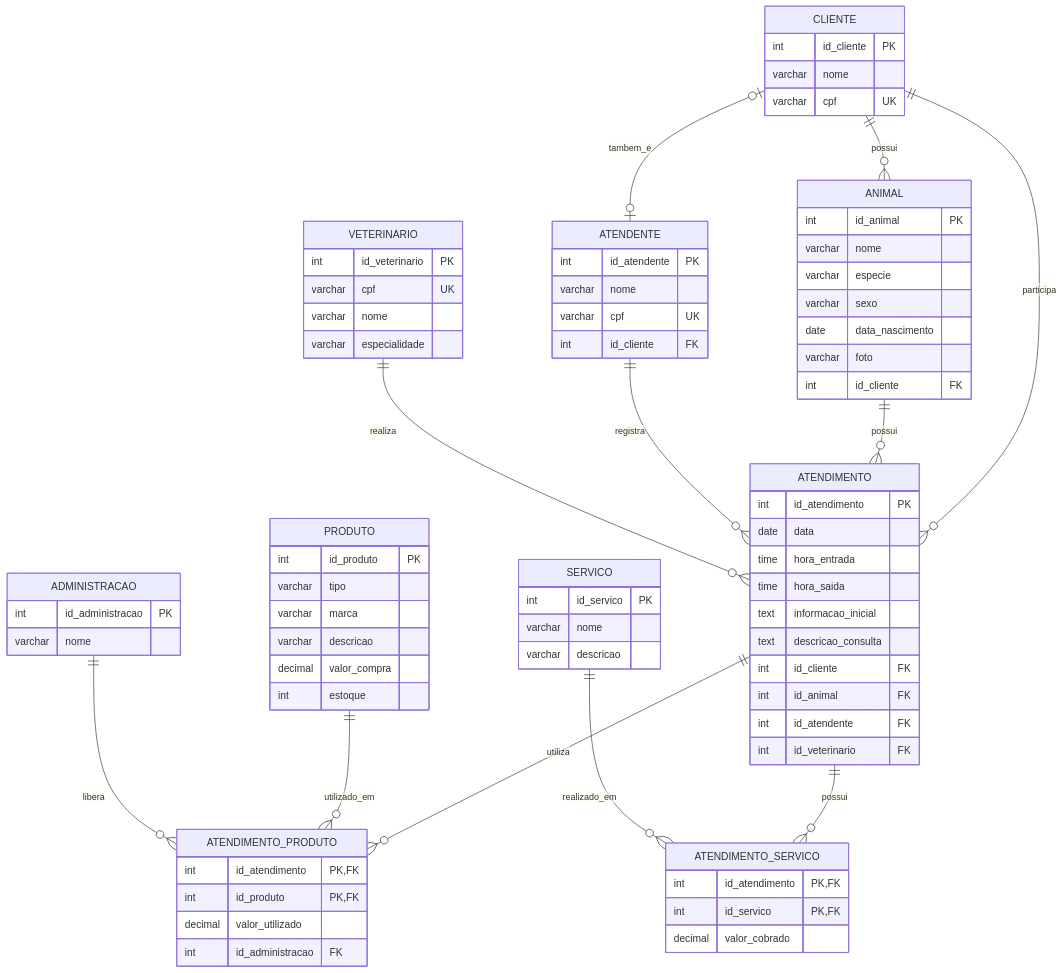
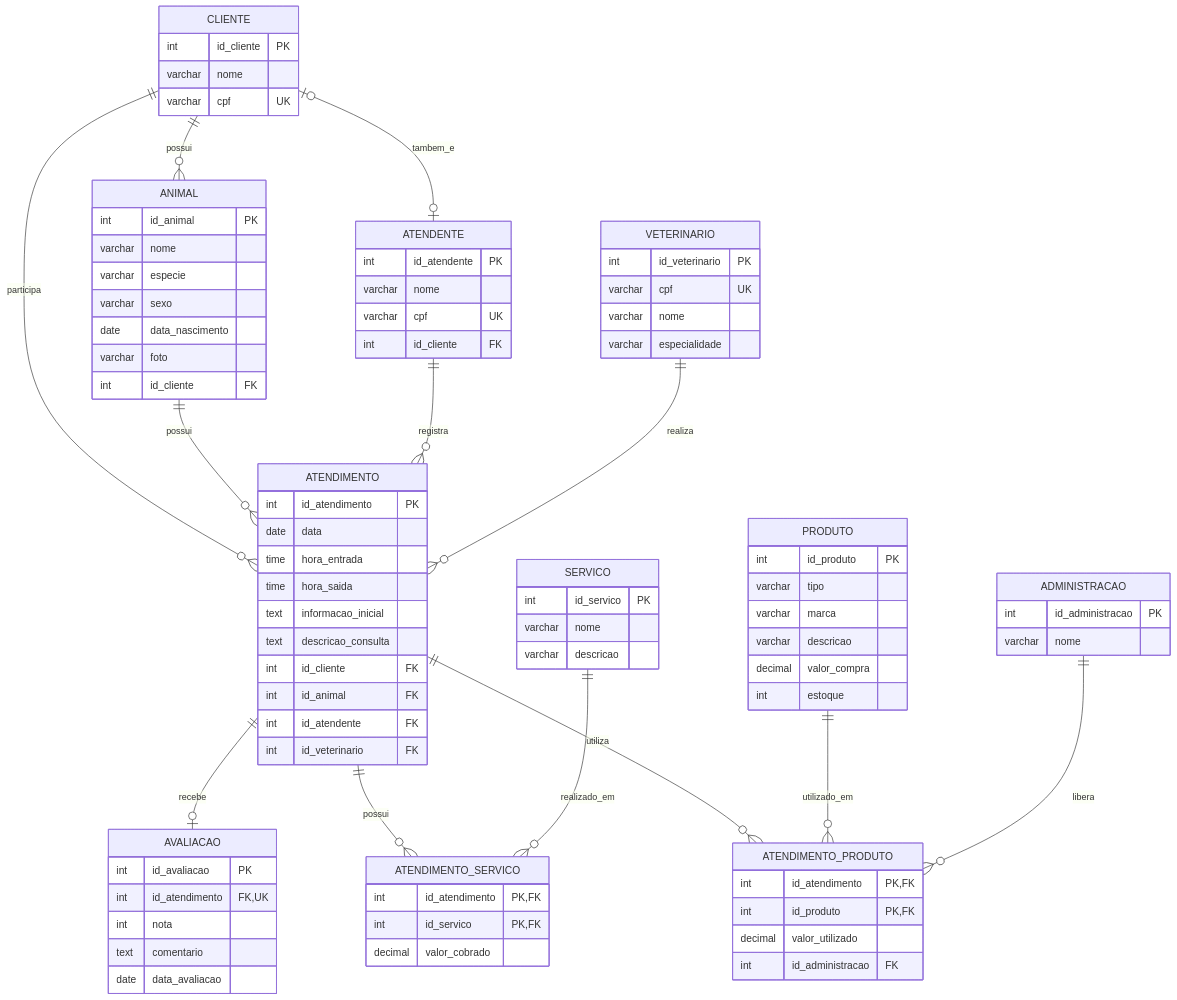
Before and after one commit to Gabe01165-bit/clinica-veterinaria: the diagram in README.md, drawn with Mermaid.

````diff
--- a/README.md
+++ b/README.md
@@ -101,6 +101,14 @@
         decimal valor_cobrado
     }
 
+    AVALIACAO {
+        int id_avaliacao PK
+        int id_atendimento FK, UK
+        int nota
+        text comentario
+        date data_avaliacao
+    }
+
     CLIENTE ||--o{ ANIMAL : possui
     CLIENTE ||--o{ ATENDIMENTO : participa
     CLIENTE o|--o| ATENDENTE : tambem_e
@@ -114,4 +122,6 @@
 
     ATENDIMENTO ||--o{ ATENDIMENTO_SERVICO : possui
     SERVICO ||--o{ ATENDIMENTO_SERVICO : realizado_em
+
+    ATENDIMENTO ||--o| AVALIACAO : recebe
 ```
````
